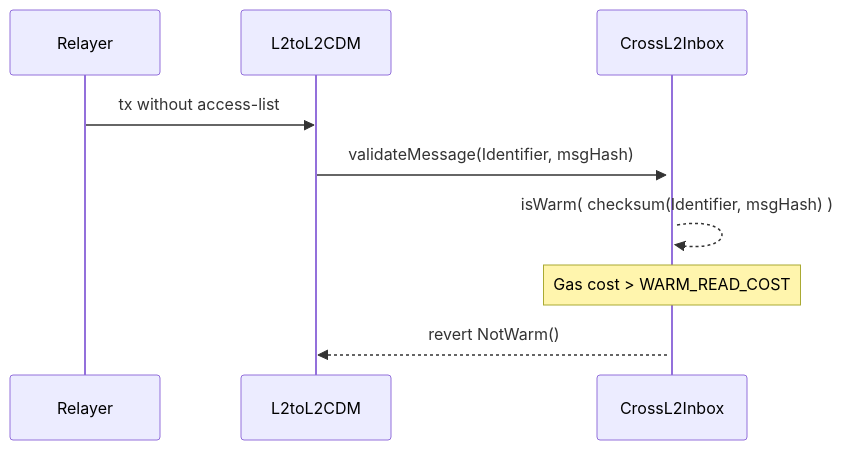
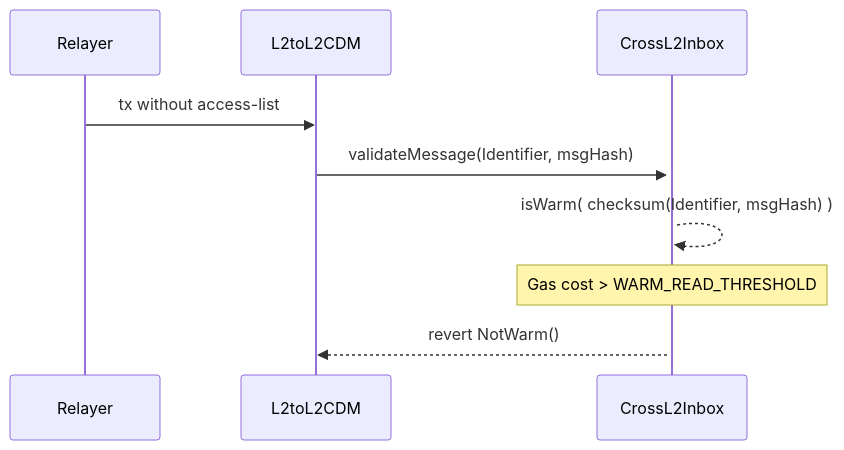
One commit to ethereum-optimism/design-docs changed the second of 2 diagrams in protocol/interop-access-list.md. Above: the diagram before and after it, drawn with Mermaid. The commit also changed other lines of this file, not shown here.

````diff
--- a/protocol/interop-access-list.md
+++ b/protocol/interop-access-list.md
@@ -80,8 +82,8 @@
 ```mermaid
 sequenceDiagram
     Relayer->>L2toL2CDM: tx without access-list
     L2toL2CDM->>+CrossL2Inbox: validateMessage(Identifier, msgHash)
     CrossL2Inbox-->>CrossL2Inbox: isWarm( checksum(Identifier, msgHash) )
-    Note over CrossL2Inbox: Gas cost > WARM_READ_COST
+    Note over CrossL2Inbox: Gas cost > WARM_READ_THRESHOLD
     CrossL2Inbox-->>L2toL2CDM: revert NotWarm()
 ```
````
